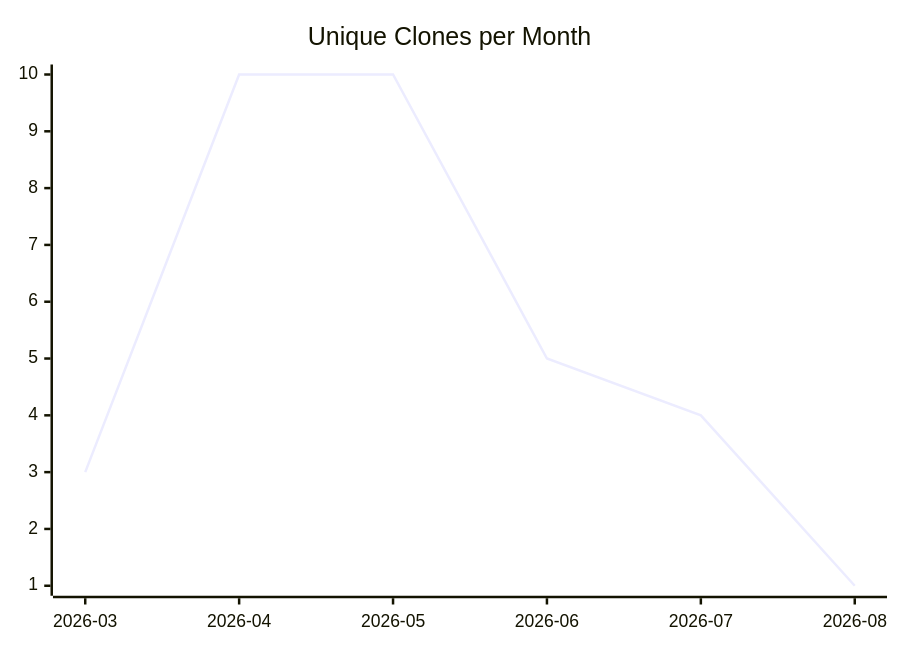
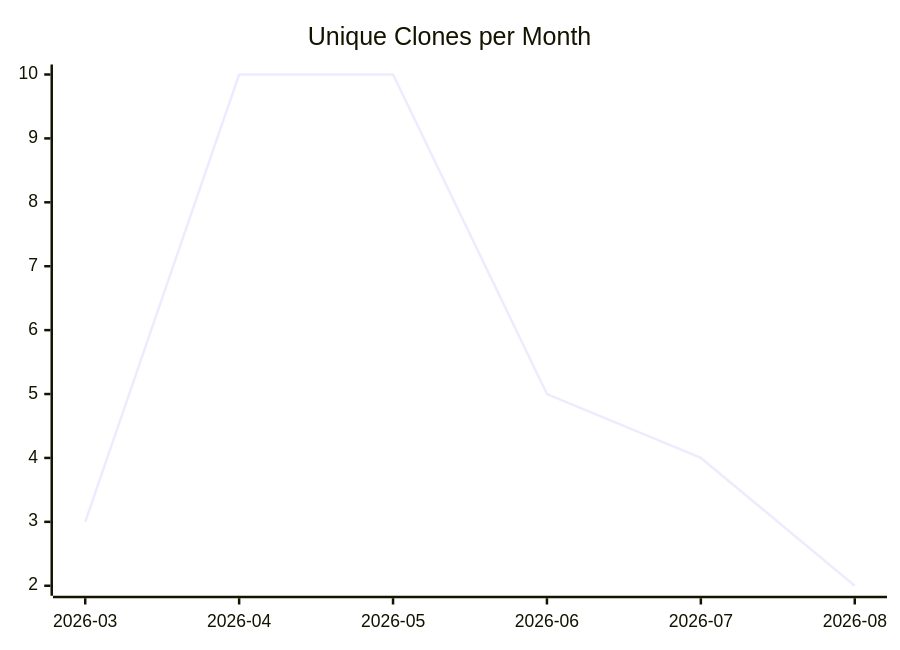
The third of 3 diagrams in karlmdavis/can-i-kayak-baltimore/README.md (justdavis-family/github-analytics-data), drawn with Mermaid before and after one commit. The commit also changed other lines of this file and 174 other files, not shown here.

````diff
--- a/karlmdavis/can-i-kayak-baltimore/README.md
+++ b/karlmdavis/can-i-kayak-baltimore/README.md
@@ -19,6 +19,6 @@
 ```mermaid
 xychart-beta
   title "Unique Clones per Month"
   x-axis ["2026-03", "2026-04", "2026-05", "2026-06", "2026-07", "2026-08"]
-  line [3, 10, 10, 5, 4, 1]
+  line [3, 10, 10, 5, 4, 2]
 ```
````
